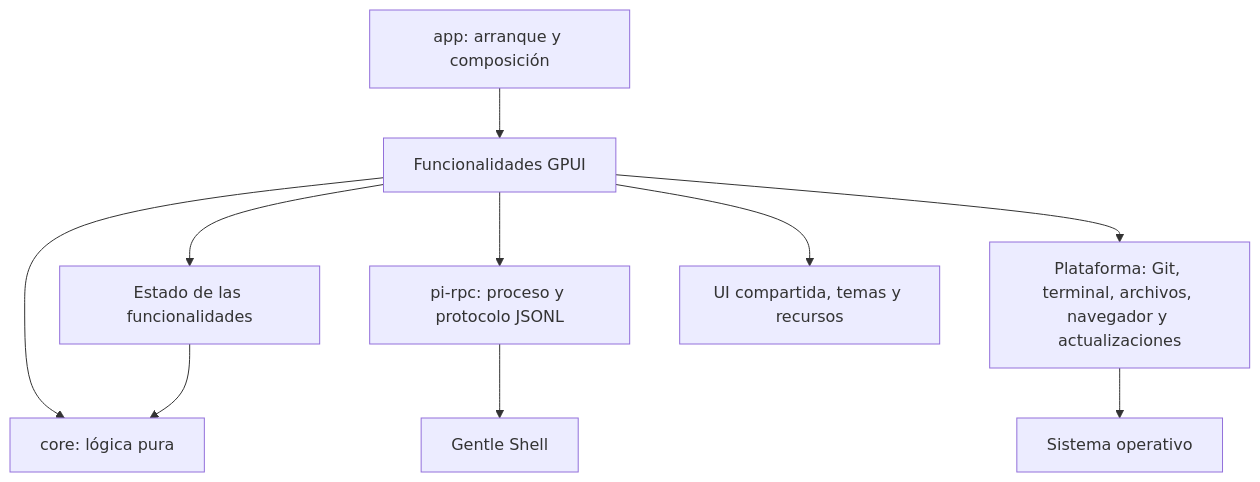
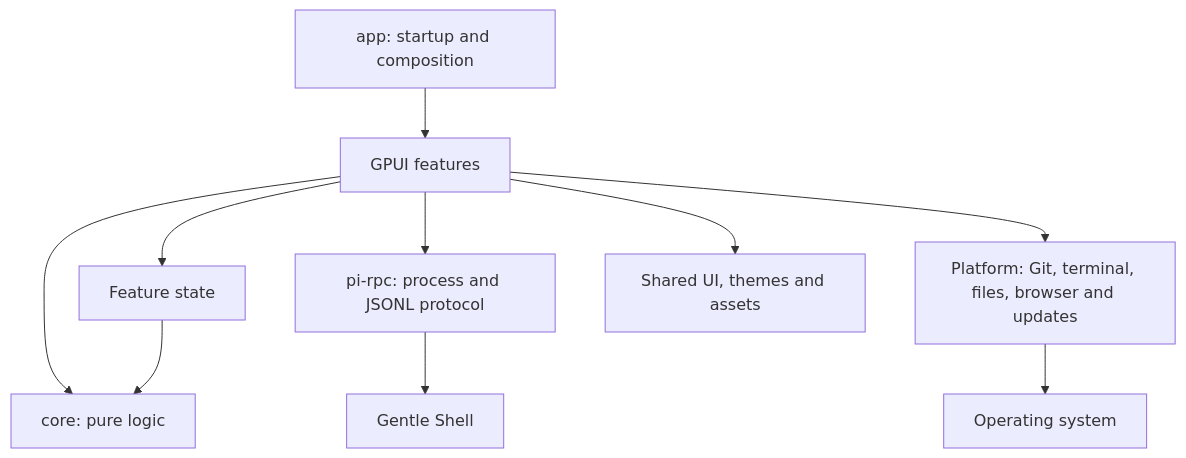
Before and after one commit to Mayloparra24/gentle-shell-gpui: the first of 2 diagrams in docs/architecture.md, drawn with Mermaid. The commit also changed other lines of this file and 12 other files, not shown here.

````diff
--- a/docs/architecture.md
+++ b/docs/architecture.md
@@ -15,12 +15,12 @@
 ```mermaid
 flowchart TD
-    Main["app: arranque y composición"] --> Features["Funcionalidades GPUI"]
-    Features --> State["Estado de las funcionalidades"]
-    Features --> Core["core: lógica pura"]
+    Main["app: startup and composition"] --> Features["GPUI features"]
+    Features --> State["Feature state"]
+    Features --> Core["core: pure logic"]
     State --> Core
-    Features --> Rpc["pi-rpc: proceso y protocolo JSONL"]
-    Features --> Platform["Plataforma: Git, terminal, archivos, navegador y actualizaciones"]
-    Features --> Shared["UI compartida, temas y recursos"]
+    Features --> Rpc["pi-rpc: process and JSONL protocol"]
+    Features --> Platform["Platform: Git, terminal, files, browser and updates"]
+    Features --> Shared["Shared UI, themes and assets"]
     Rpc --> Backend["Gentle Shell"]
-    Platform --> OS["Sistema operativo"]
+    Platform --> OS["Operating system"]
 ```
````
